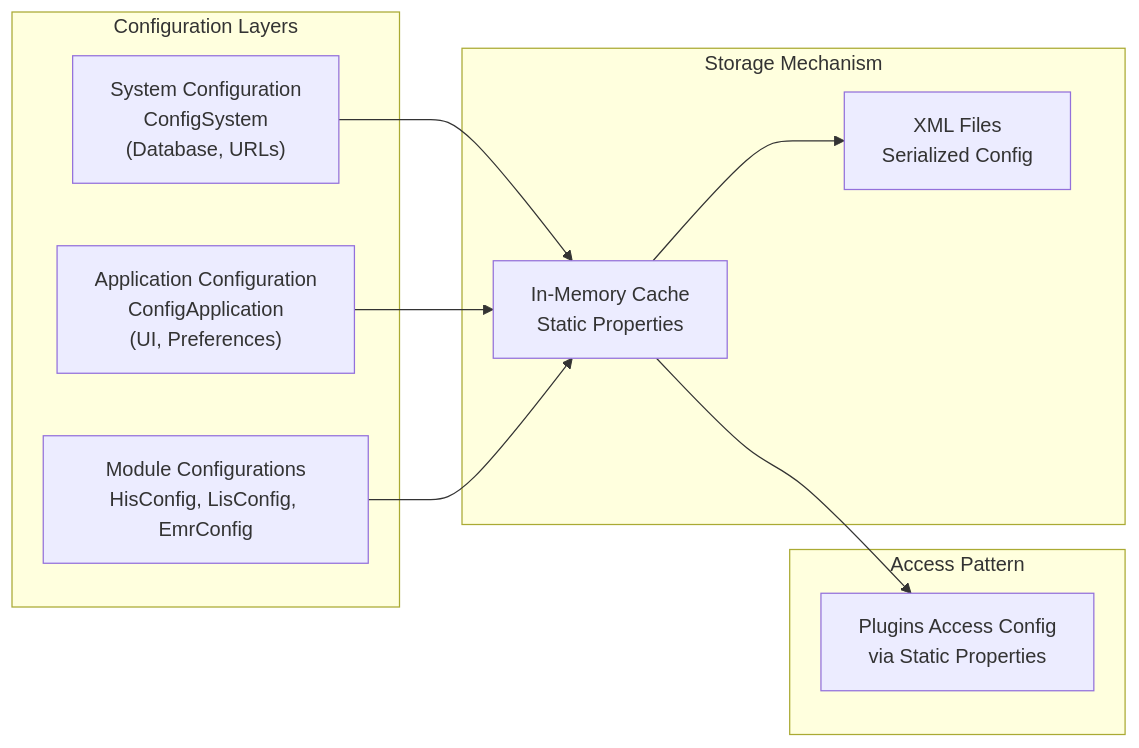
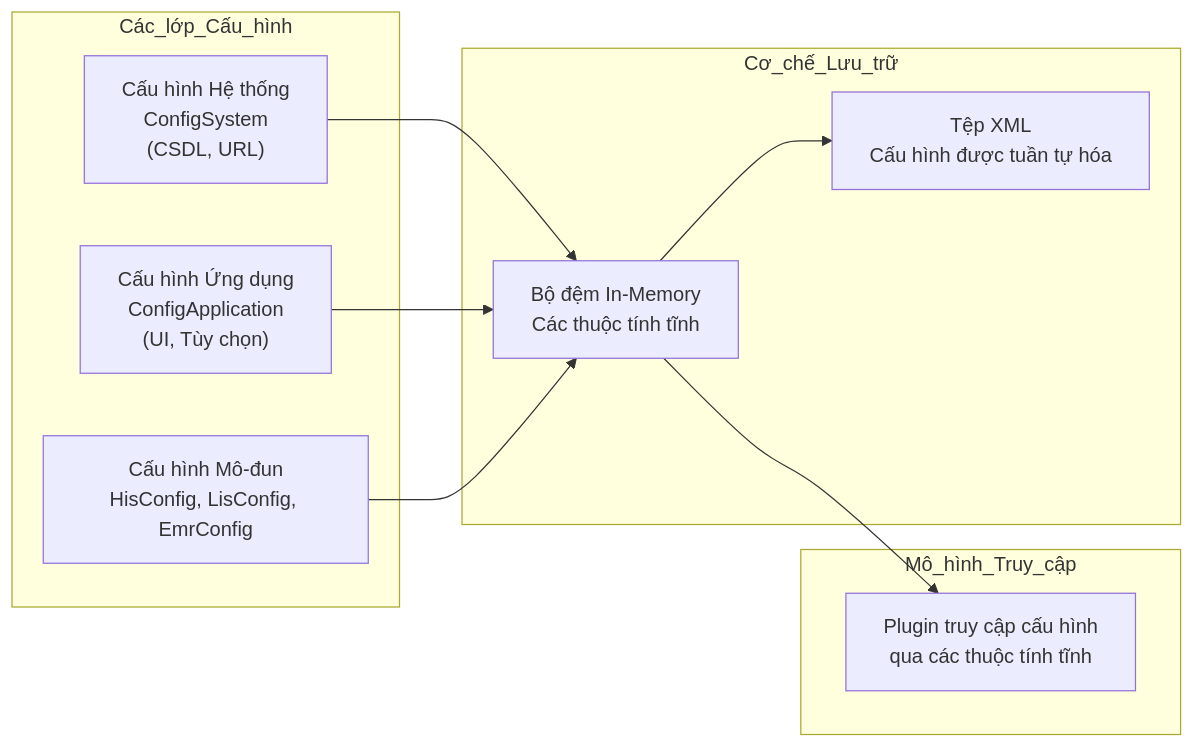
The second of 4 diagrams in docs/his-ba-documentation/02-modules/his-desktop/core.md (thangpnb/HIS), drawn with Mermaid before and after one commit. The commit also changed other lines of this file and 30 other files, not shown here.

Commit message:
Refactor architecture docs and update translations

````diff
--- a/docs/his-ba-documentation/02-modules/his-desktop/core.md
+++ b/docs/his-ba-documentation/02-modules/his-desktop/core.md
@@ -721,25 +717,25 @@
 ```mermaid
 graph LR
-    subgraph "Configuration Layers"
-        System["System Configuration<br/>ConfigSystem<br/>(Database, URLs)"]
-        Application["Application Configuration<br/>ConfigApplication<br/>(UI, Preferences)"]
-        Module["Module Configurations<br/>HisConfig, LisConfig, EmrConfig"]
+    subgraph "Các_lớp_Cấu_hình"
+        System["Cấu hình Hệ thống<br/>ConfigSystem<br/>(CSDL, URL)"]
+        Application["Cấu hình Ứng dụng<br/>ConfigApplication<br/>(UI, Tùy chọn)"]
+        Module["Cấu hình Mô-đun<br/>HisConfig, LisConfig, EmrConfig"]
     end
     
-    subgraph "Storage Mechanism"
-        XML["XML Files<br/>Serialized Config"]
-        Memory["In-Memory Cache<br/>Static Properties"]
+    subgraph "Cơ_chế_Lưu_trữ"
+        XML["Tệp XML<br/>Cấu hình được tuần tự hóa"]
+        Memory["Bộ đệm In-Memory<br/>Các thuộc tính tĩnh"]
     end
     
     System --> Memory
     Application --> Memory
     Module --> Memory
     
     Memory --> XML
     
-    subgraph "Access Pattern"
-        Plugins["Plugins Access Config<br/>via Static Properties"]
+    subgraph "Mô_hình_Truy_cập"
+        Plugins["Plugin truy cập cấu hình<br/>qua các thuộc tính tĩnh"]
     end
     
     Memory --> Plugins
 ```
````
